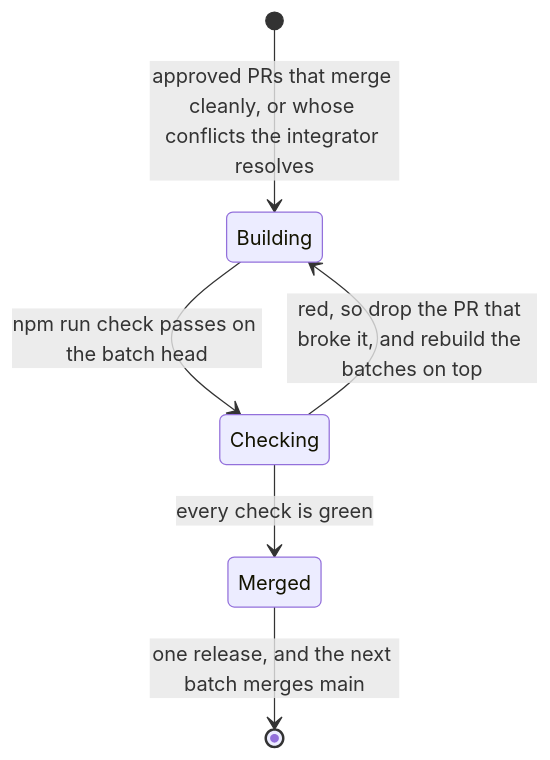
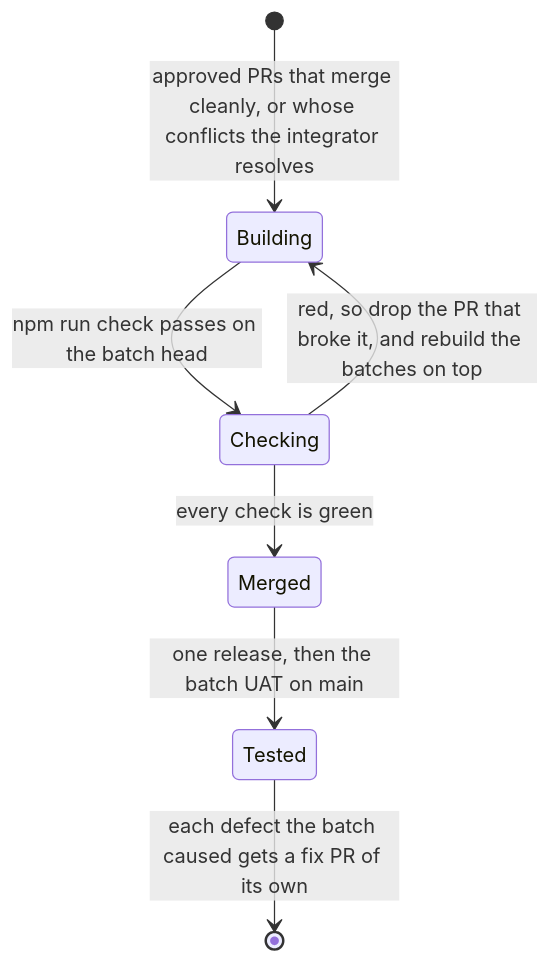
One commit to HJeon139/postbox changed the diagram in designs/review-guide.md. Above: the diagram before and after it, drawn with Mermaid. The commit also changed other lines of this file and 4 other files, not shown here.

````diff
--- a/designs/review-guide.md
+++ b/designs/review-guide.md
@@ -101,8 +113,9 @@
 ```mermaid
 stateDiagram-v2
     [*] --> Building: approved PRs that merge cleanly, or whose conflicts the integrator resolves
     Building --> Checking: npm run check passes on the batch head
     Checking --> Merged: every check is green
     Checking --> Building: red, so drop the PR that broke it, and rebuild the batches on top
-    Merged --> [*]: one release, and the next batch merges main
+    Merged --> Tested: one release, then the batch UAT on main
+    Tested --> [*]: each defect the batch caused gets a fix PR of its own
 ```
````
